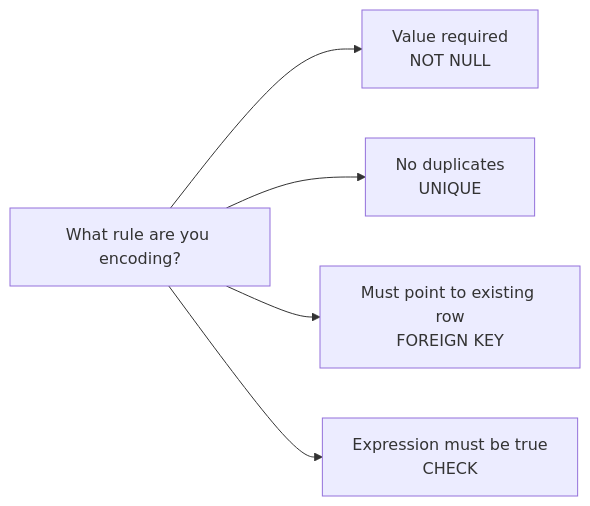
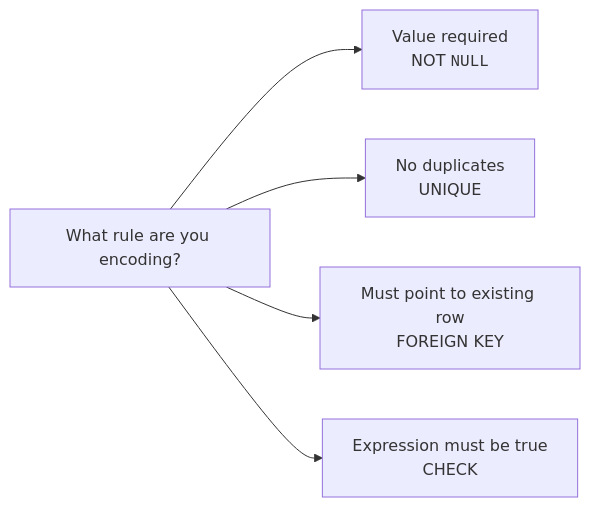
The fourth of 5 diagrams in content/courses/database-design-postgresql/check-constraints.mdx (dataslope/dataslope), drawn with Mermaid before and after one commit. The commit also changed other lines of this file and 283 other files, not shown here.

First line of the commit message:
Diagrams as elements, not characters: fix the box model, sweep the corpus, and make syntax breakdowns a convention (#652)

````diff
--- a/content/courses/database-design-postgresql/check-constraints.mdx
+++ b/content/courses/database-design-postgresql/check-constraints.mdx
@@ -184,7 +192,7 @@
 ```mermaid
 flowchart LR
-    Need["What rule are you encoding?"] --> Missing["Value required<br/>NOT NULL"]
+    Need["What rule are you encoding?"] --> Missing["Value required<br/>NOT <code>NULL</code>"]
     Need --> Dup["No duplicates<br/>UNIQUE"]
     Need --> Ref["Must point to existing row<br/>FOREIGN KEY"]
     Need --> Expr["Expression must be true<br/>CHECK"]
 ```
````
